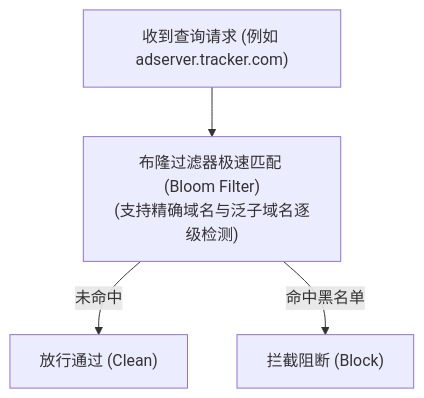
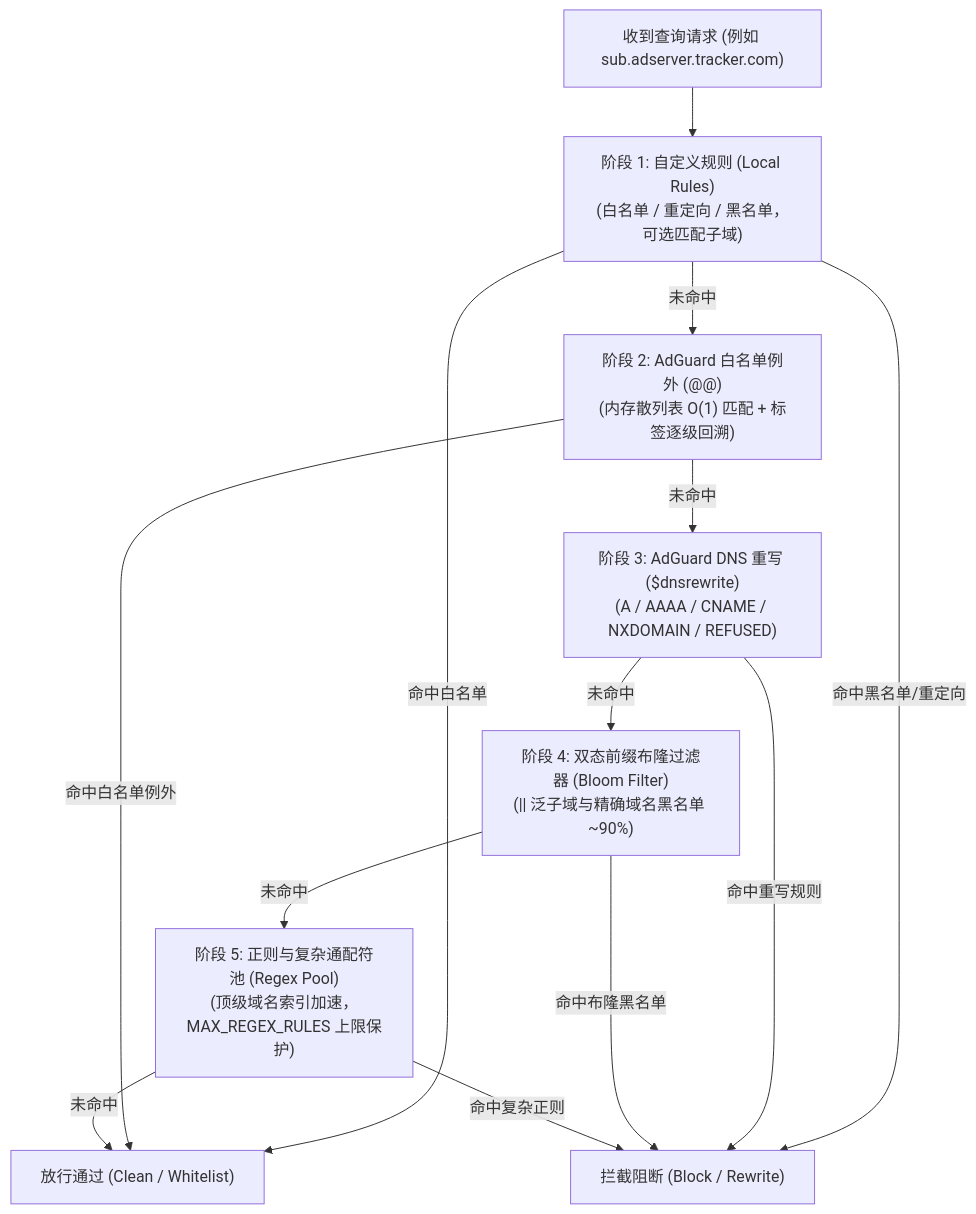
The diagram in docs/src/content/docs/zh-cn/filtering/rules.mdx (Obein/DNS-Worker), drawn with Mermaid before and after one commit. The commit also changed other lines of this file and 22 other files, not shown here.

First line of the commit message:
docs: refactor filtering documentation and improve rule matching architecture

````diff
--- a/docs/src/content/docs/zh-cn/filtering/rules.mdx
+++ b/docs/src/content/docs/zh-cn/filtering/rules.mdx
@@ -101,11 +104,28 @@
 ```mermaid
 flowchart TD
-    REQ["收到查询请求 (例如 adserver.tracker.com)"]
-    BLOOM["布隆过滤器极速匹配 (Bloom Filter)<br/>(支持精确域名与泛子域名逐级检测)"]
-    PASS["放行通过 (Clean)"]
-    BLOCK["拦截阻断 (Block)"]
+    REQ["收到查询请求 (例如 sub.adserver.tracker.com)"]
+    L1["阶段 1: 自定义规则 (Local Rules)<br/>(白名单 / 重定向 / 黑名单，可选匹配子域)"]
+    L2["阶段 2: AdGuard 白名单例外 (@@)<br/>(内存散列表 O(1) 匹配 + 标签逐级回溯)"]
+    L3["阶段 3: AdGuard DNS 重写 ($dnsrewrite)<br/>(A / AAAA / CNAME / NXDOMAIN / REFUSED)"]
+    L4["阶段 4: 双态前缀布隆过滤器 (Bloom Filter)<br/>(|| 泛子域与精确域名黑名单 ~90%)"]
+    L5["阶段 5: 正则与复杂通配符池 (Regex Pool)<br/>(顶级域名索引加速，MAX_REGEX_RULES 上限保护)"]
+    PASS["放行通过 (Clean / Whitelist)"]
+    BLOCK["拦截阻断 (Block / Rewrite)"]
 
-    REQ --> BLOOM
-    BLOOM -->|"未命中"| PASS
-    BLOOM -->|"命中黑名单"| BLOCK
+    REQ --> L1
+    L1 -->|命中白名单| PASS
+    L1 -->|命中黑名单/重定向| BLOCK
+    L1 -->|未命中| L2
+
+    L2 -->|命中白名单例外| PASS
+    L2 -->|未命中| L3
+
+    L3 -->|命中重写规则| BLOCK
+    L3 -->|未命中| L4
+
+    L4 -->|命中布隆黑名单| BLOCK
+    L4 -->|未命中| L5
+
+    L5 -->|命中复杂正则| BLOCK
+    L5 -->|未命中| PASS
 ```
````
